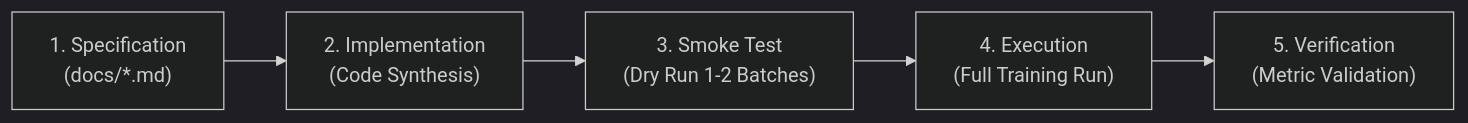
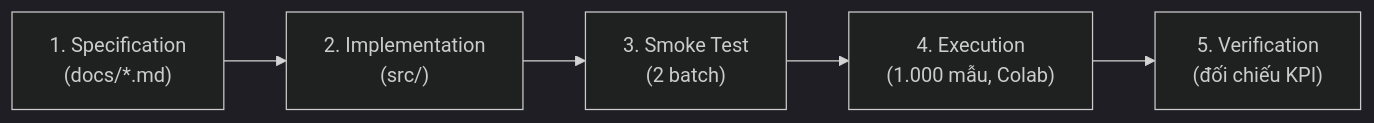
Before and after one commit to QuocAn118/Lab: the first of 2 diagrams in Lab 3/docs/lab_3_description.md, drawn with Mermaid (dark theme). The commit also changed other lines of this file and 26 other files, not shown here.

````diff
--- a/Lab 3/docs/lab_3_description.md
+++ b/Lab 3/docs/lab_3_description.md
@@ -16,7 +49,7 @@
 ```mermaid
 flowchart LR
-    Spec["1. Specification\n(docs/*.md)"] --> Gen["2. Implementation\n(Code Synthesis)"]
-    Gen --> Smoke["3. Smoke Test\n(Dry Run 1-2 Batches)"]
-    Smoke --> Run["4. Execution\n(Full Training Run)"]
-    Run --> Check["5. Verification\n(Metric Validation)"]
+    Spec["1. Specification\n(docs/*.md)"] --> Gen["2. Implementation\n(src/)"]
+    Gen --> Smoke["3. Smoke Test\n(2 batch)"]
+    Smoke --> Run["4. Execution\n(1.000 mẫu, Colab)"]
+    Run --> Check["5. Verification\n(đối chiếu KPI)"]
 ```
````
